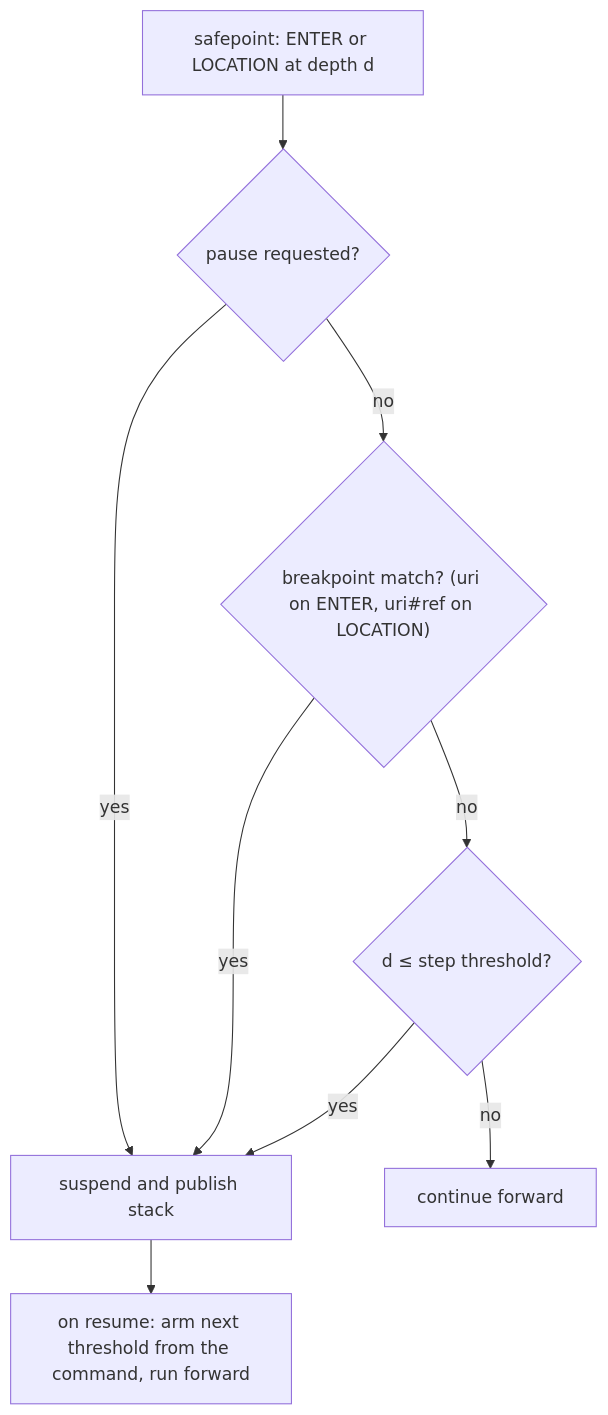
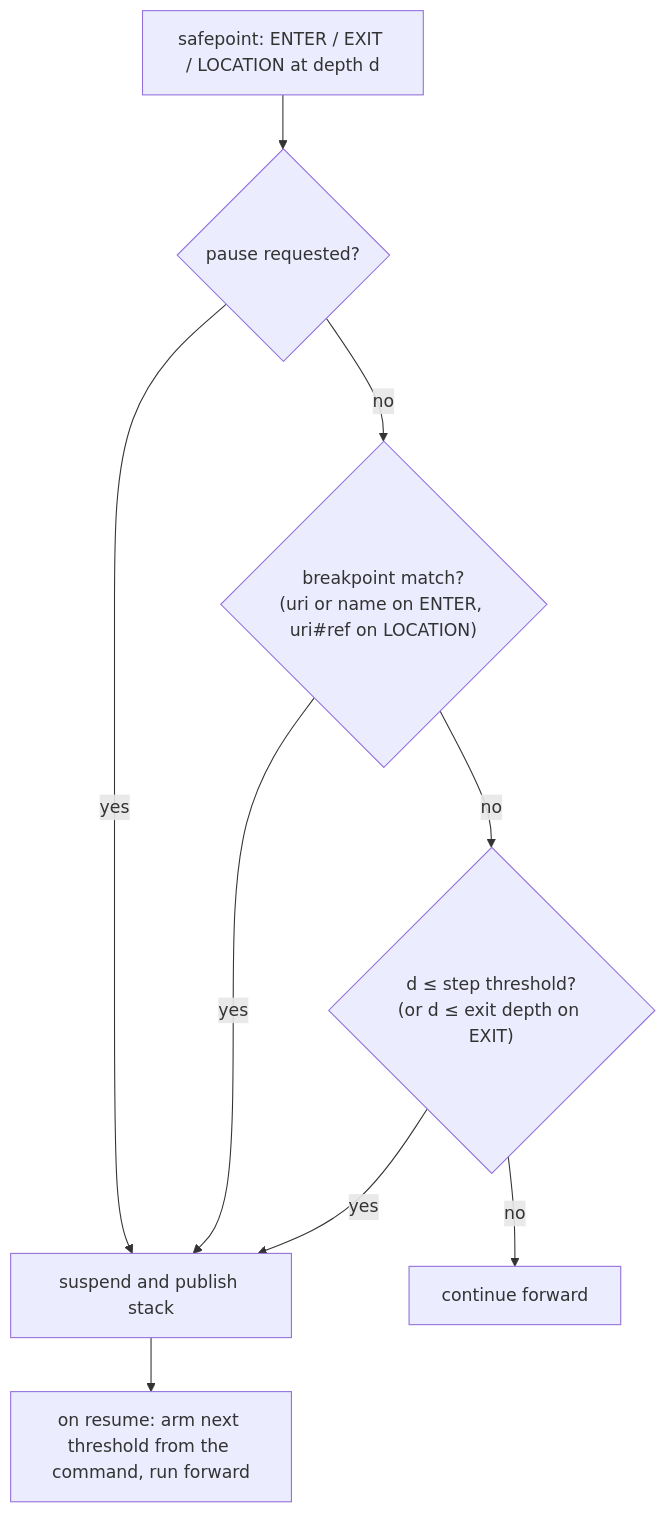
Before and after one commit to openl-tablets/openl-tablets: the fourth of 4 diagrams in Docs/api/projects-trace-architecture.md, drawn with Mermaid. The commit also changed other lines of this file and 3 other files, not shown here.

````diff
--- a/Docs/api/projects-trace-architecture.md
+++ b/Docs/api/projects-trace-architecture.md
@@ -166,11 +192,11 @@
 ```mermaid
 flowchart TD
-    E["safepoint: ENTER or LOCATION at depth d"] --> P{pause requested?}
+    E["safepoint: ENTER / EXIT / LOCATION at depth d"] --> P{pause requested?}
     P -- yes --> S[suspend and publish stack]
-    P -- no --> B{"breakpoint match? (uri on ENTER, uri#ref on LOCATION)"}
+    P -- no --> B{"breakpoint match?<br/>(uri or name on ENTER, uri#ref on LOCATION)"}
     B -- yes --> S
-    B -- no --> T{"d ≤ step threshold?"}
+    B -- no --> T{"d ≤ step threshold?<br/>(or d ≤ exit depth on EXIT)"}
     T -- yes --> S
     T -- no --> C[continue forward]
     S --> A["on resume: arm next threshold from the command, run forward"]
 ```
````
